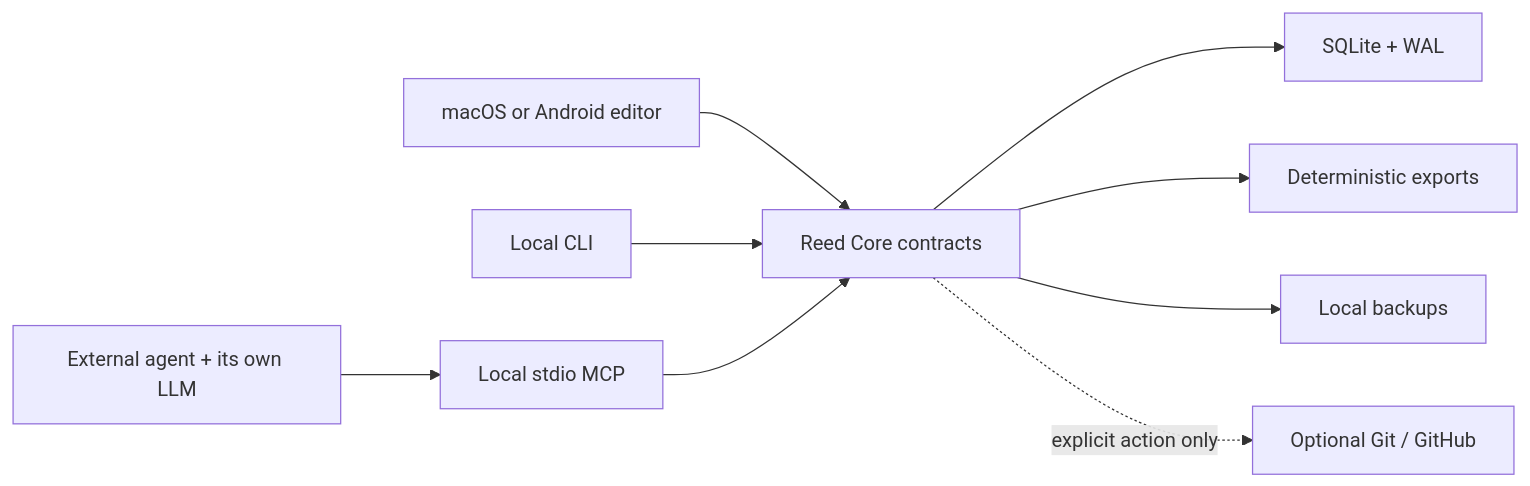
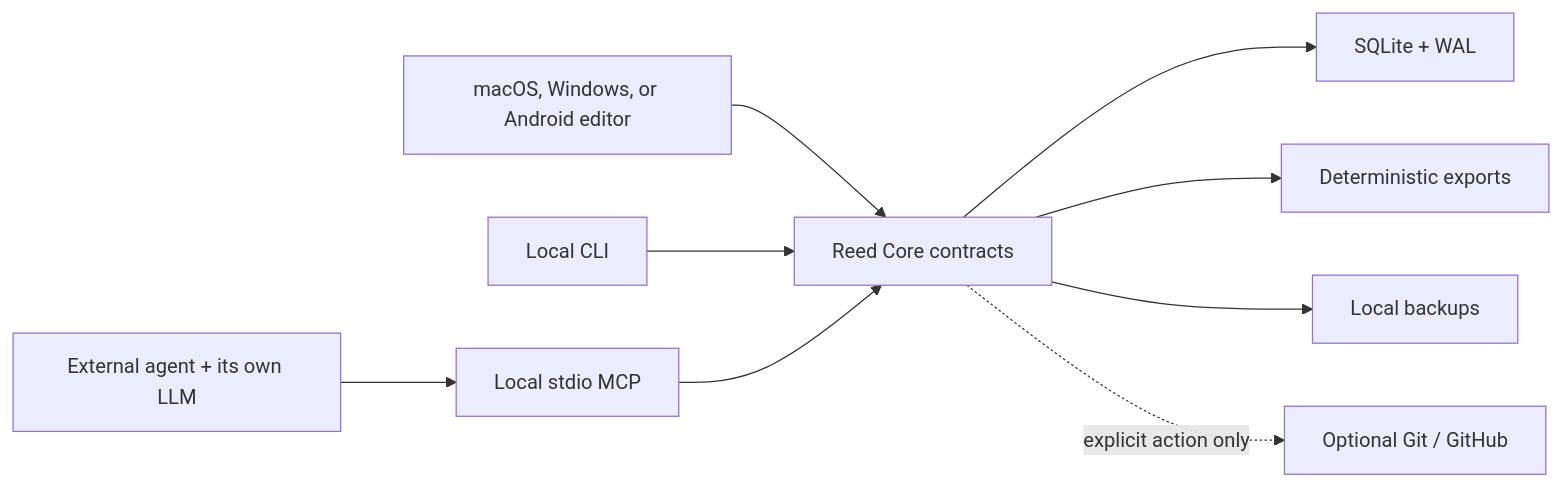
The diagram in README.md (is2b007/Reed), drawn with Mermaid before and after one commit. The commit also changed other lines of this file and 44 other files, not shown here.

````diff
--- a/README.md
+++ b/README.md
@@ -111,11 +112,11 @@
 ```mermaid
 flowchart LR
-    UI["macOS or Android editor"] --> Core["Reed Core contracts"]
+    UI["macOS, Windows, or Android editor"] --> Core["Reed Core contracts"]
     CLI["Local CLI"] --> Core
     MCP["Local stdio MCP"] --> Core
     Core --> DB["SQLite + WAL"]
     Core --> Export["Deterministic exports"]
     Core --> Backup["Local backups"]
     Core -. "explicit action only" .-> Git["Optional Git / GitHub"]
     Agent["External agent + its own LLM"] --> MCP
 ```
````
